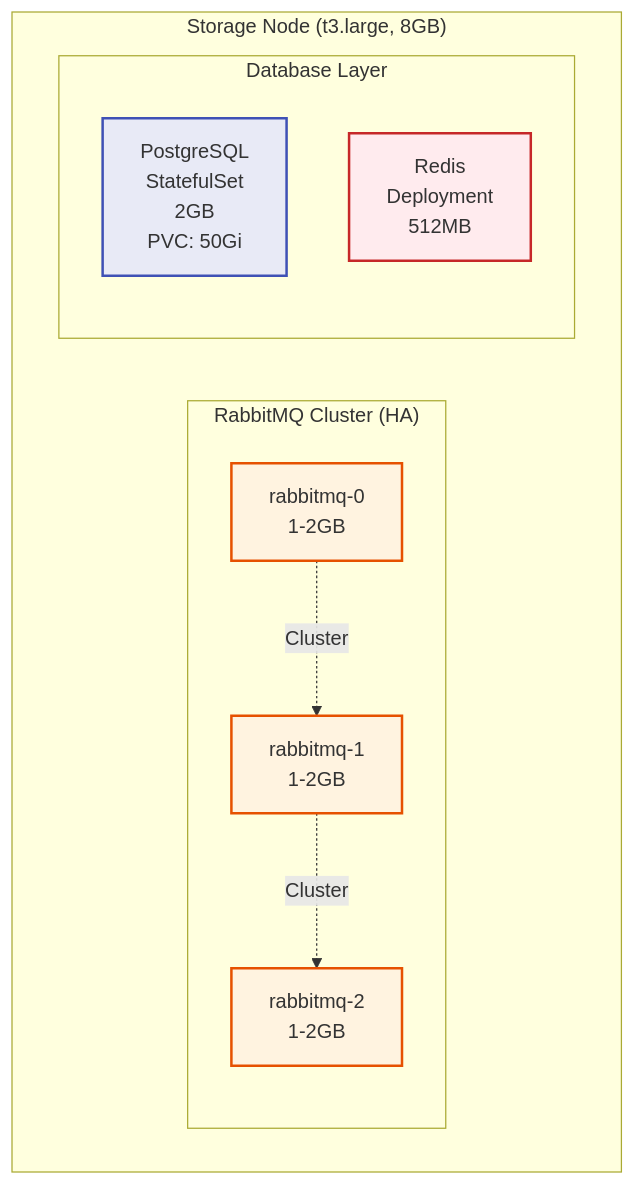
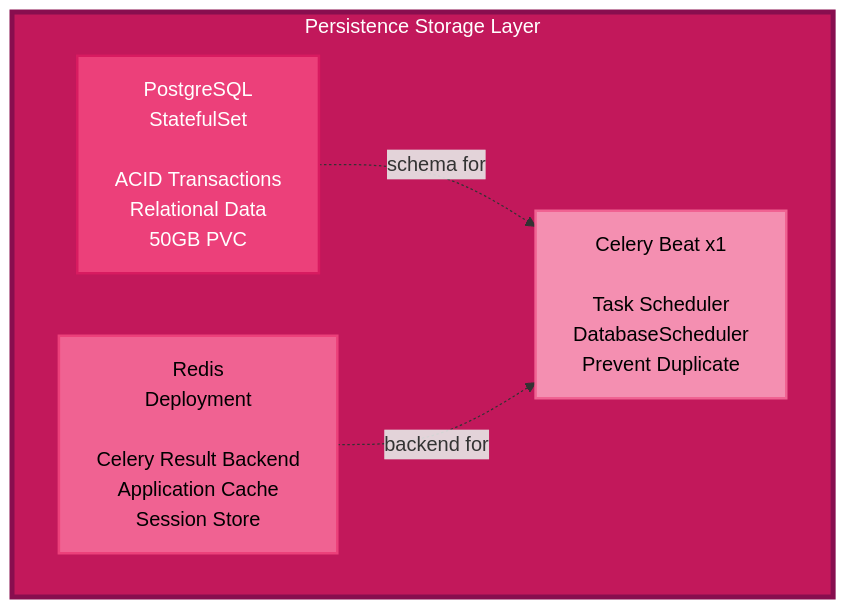
One commit to eco2-team/backend changed the fifth of 8 diagrams in docs/architecture/deployment-architecture-4node.md. Above: the diagram before and after it, drawn with Mermaid. The commit also changed other lines of this file, not shown here.

First line of the commit message:
docs: Rewrite deployment-architecture-4node with 4-Tier Layered Architecture

````diff
--- a/docs/architecture/deployment-architecture-4node.md
+++ b/docs/architecture/deployment-architecture-4node.md
@@ -366,24 +287,18 @@
 ```mermaid
 graph TB
-    subgraph Storage["Storage Node (t3.large, 8GB)"]
-        subgraph RMQ["RabbitMQ Cluster (HA)"]
-            RMQ1[rabbitmq-0<br/>1-2GB]
-            RMQ2[rabbitmq-1<br/>1-2GB]
-            RMQ3[rabbitmq-2<br/>1-2GB]
-        end
+    subgraph Storage["Persistence Storage Layer"]
+        DB["PostgreSQL<br/>StatefulSet<br/><br/>ACID Transactions<br/>Relational Data<br/>50GB PVC"]
         
-        subgraph DB_Layer["Database Layer"]
-            PG[PostgreSQL<br/>StatefulSet<br/>2GB<br/>PVC: 50Gi]
-            Redis_Pod[Redis<br/>Deployment<br/>512MB]
-        end
+        Redis["Redis<br/>Deployment<br/><br/>Celery Result Backend<br/>Application Cache<br/>Session Store"]
+        
+        Beat["Celery Beat x1<br/><br/>Task Scheduler<br/>DatabaseScheduler<br/>Prevent Duplicate"]
     end
     
-    RMQ1 -.->|Cluster| RMQ2
-    RMQ2 -.->|Cluster| RMQ3
+    DB -.->|schema for| Beat
+    Redis -.->|backend for| Beat
     
-    style RMQ1 fill:#fff3e0,stroke:#e65100,stroke-width:2px
-    style RMQ2 fill:#fff3e0,stroke:#e65100,stroke-width:2px
-    style RMQ3 fill:#fff3e0,stroke:#e65100,stroke-width:2px
-    style PG fill:#e8eaf6,stroke:#3f51b5,stroke-width:2px
-    style Redis_Pod fill:#ffebee,stroke:#c62828,stroke-width:2px
+    style Storage fill:#c2185b,color:#fff,stroke:#880e4f,stroke-width:4px
+    style DB fill:#ec407a,color:#fff,stroke:#d81b60,stroke-width:2px
+    style Redis fill:#f06292,color:#000,stroke:#ec407a,stroke-width:2px
+    style Beat fill:#f48fb1,color:#000,stroke:#f06292,stroke-width:2px
 ```
````
